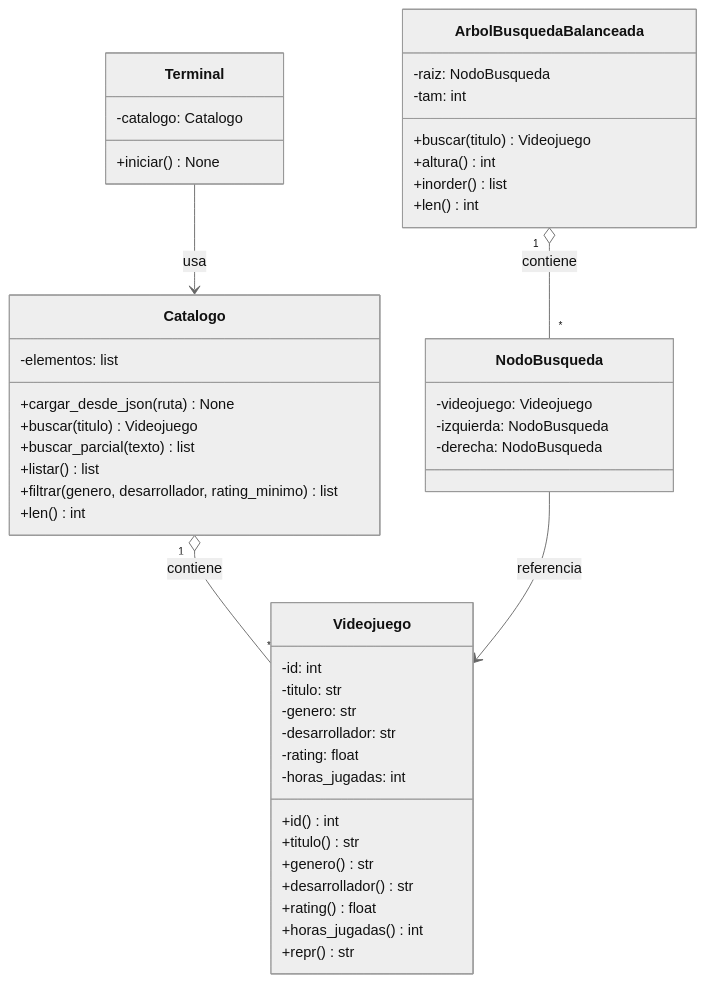
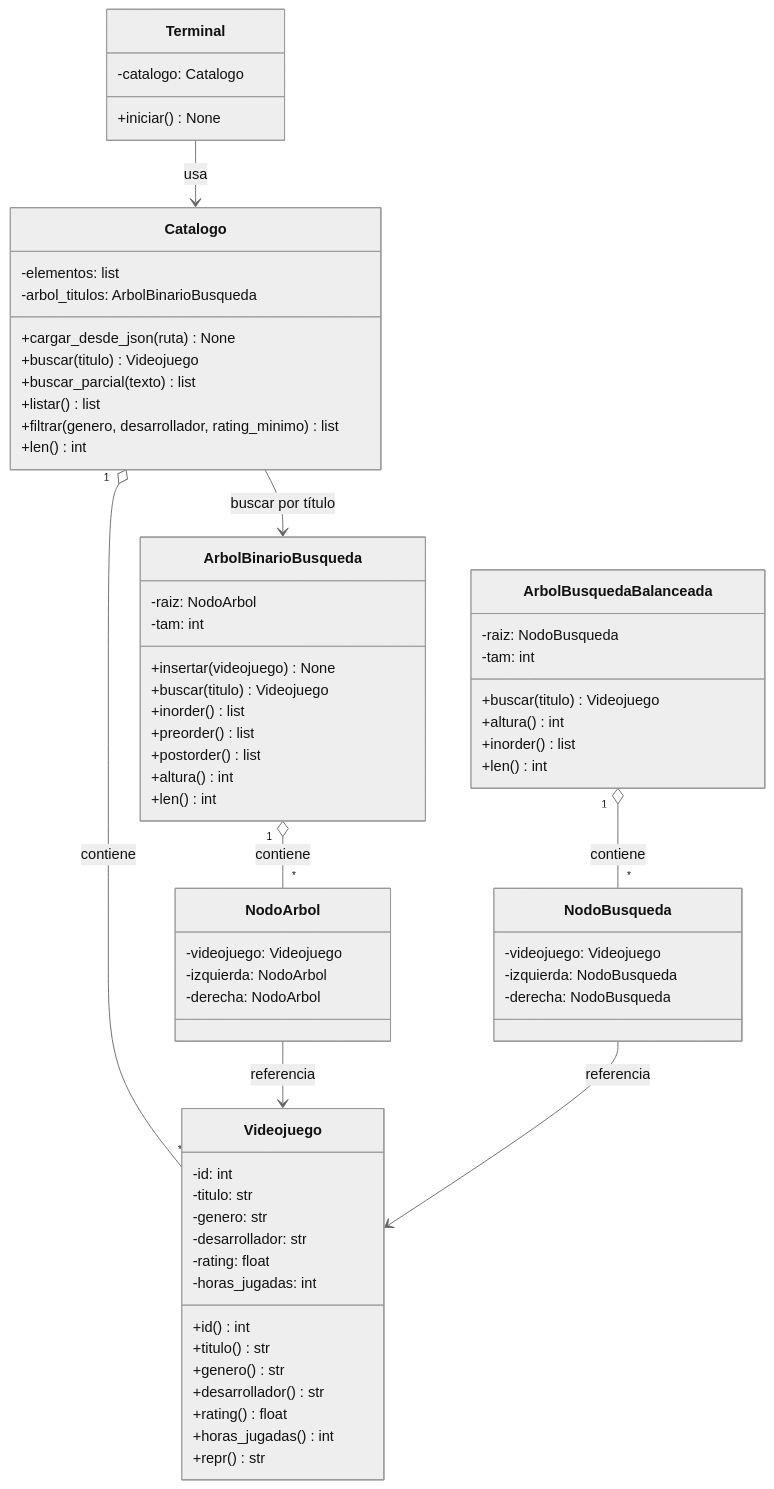
One commit to Dasein369/tpi_edd2026_recomendador changed the diagram in docs/03_diagrama_clases.md. Above: the diagram before and after it, drawn with Mermaid (neutral theme). The commit also changed other lines of this file and 7 other files, not shown here.

````diff
--- a/docs/03_diagrama_clases.md
+++ b/docs/03_diagrama_clases.md
@@ -5,53 +6,75 @@
 ```mermaid
 classDiagram
     class Videojuego {
         -id: int
         -titulo: str
         -genero: str
         -desarrollador: str
         -rating: float
         -horas_jugadas: int
         +id() int
         +titulo() str
         +genero() str
         +desarrollador() str
         +rating() float
         +horas_jugadas() int
         +repr() str
     }
 
     class Catalogo {
         -elementos: list
+        -arbol_titulos: ArbolBinarioBusqueda
         +cargar_desde_json(ruta) None
         +buscar(titulo) Videojuego
         +buscar_parcial(texto) list
         +listar() list
         +filtrar(genero, desarrollador, rating_minimo) list
         +len() int
     }
 
     class Terminal {
         -catalogo: Catalogo
         +iniciar() None
+    }
+
+    class ArbolBinarioBusqueda {
+        -raiz: NodoArbol
+        -tam: int
+        +insertar(videojuego) None
+        +buscar(titulo) Videojuego
+        +inorder() list
+        +preorder() list
+        +postorder() list
+        +altura() int
+        +len() int
+    }
+
+    class NodoArbol {
+        -videojuego: Videojuego
+        -izquierda: NodoArbol
+        -derecha: NodoArbol
     }
 
     class ArbolBusquedaBalanceada {
         -raiz: NodoBusqueda
         -tam: int
         +buscar(titulo) Videojuego
         +altura() int
         +inorder() list
         +len() int
     }
 
     class NodoBusqueda {
         -videojuego: Videojuego
         -izquierda: NodoBusqueda
         -derecha: NodoBusqueda
     }
 
     Terminal --> Catalogo : usa
     Catalogo "1" o-- "*" Videojuego : contiene
+    Catalogo --> ArbolBinarioBusqueda : buscar por título
+    ArbolBinarioBusqueda "1" o-- "*" NodoArbol : contiene
+    NodoArbol --> Videojuego : referencia
     ArbolBusquedaBalanceada "1" o-- "*" NodoBusqueda : contiene
     NodoBusqueda --> Videojuego : referencia
 ```
````
